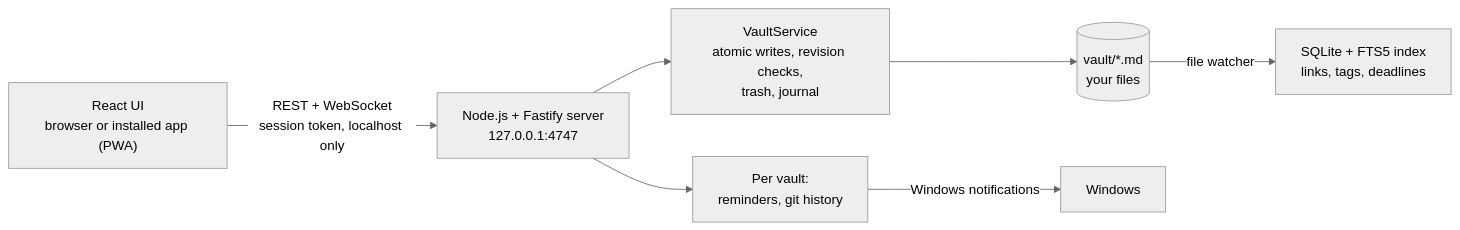
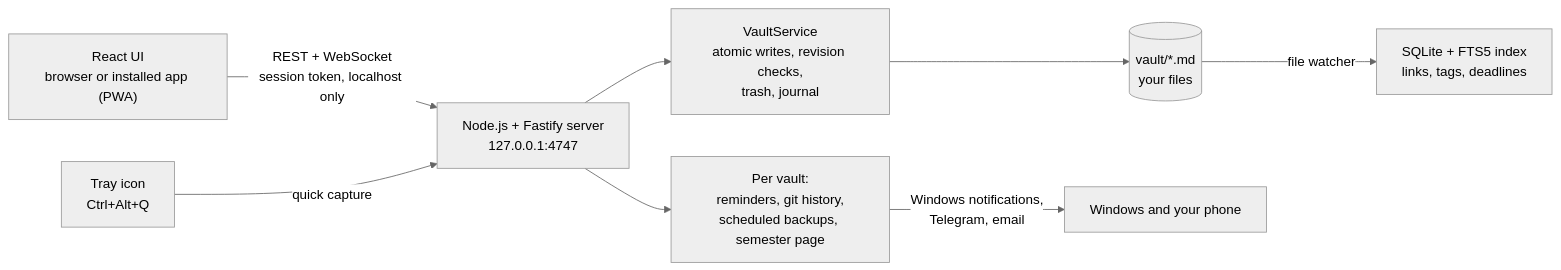
The diagram in README.en.md (khangnk144/SECONDBRAIN), drawn with Mermaid (neutral theme) before and after one commit. The commit also changed other lines of this file and 491 other files, not shown here.

````diff
--- a/README.en.md
+++ b/README.en.md
@@ -124,9 +138,10 @@
 ```mermaid
 flowchart LR
   UI["React UI<br/>browser or installed app (PWA)"] -- "REST + WebSocket<br/>session token, localhost only" --> S["Node.js + Fastify server<br/>127.0.0.1:4747"]
   S --> V["VaultService<br/>atomic writes, revision checks,<br/>trash, journal"]
   V --> F[("vault/*.md<br/>your files")]
   F -- "file watcher" --> I["SQLite + FTS5 index<br/>links, tags, deadlines"]
-  S --> P["Per vault:<br/>reminders, git history"]
-  P -- "Windows notifications" --> W["Windows"]
+  S --> P["Per vault:<br/>reminders, git history,<br/>scheduled backups, semester page"]
+  P -- "Windows notifications,<br/>Telegram, email" --> W["Windows and your phone"]
+  T["Tray icon<br/>Ctrl+Alt+Q"] -- "quick capture" --> S
 ```
````
